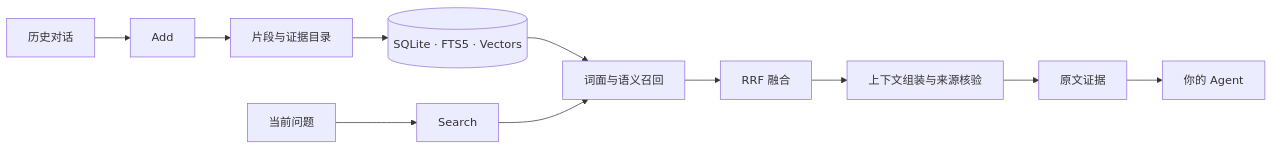
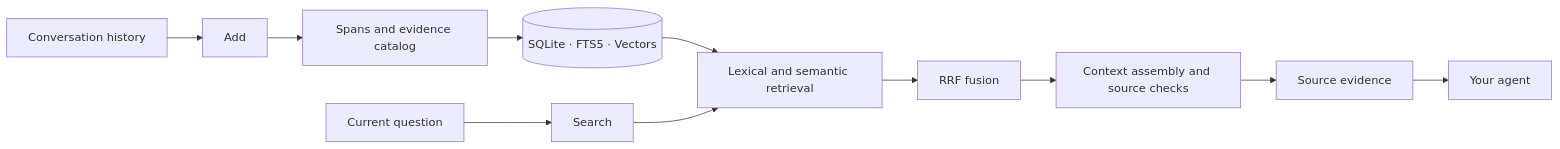
Before and after one commit to azhimiao/memprism: the diagram in README.md, drawn with Mermaid. The commit also changed other lines of this file and 1 other file, not shown here.

````diff
--- a/README.md
+++ b/README.md
@@ -40,13 +42,13 @@
 ```mermaid
 flowchart LR
-    A[历史对话] --> B[Add]
-    B --> C[片段与证据目录]
+    A[Conversation history] --> B[Add]
+    B --> C[Spans and evidence catalog]
     C --> D[(SQLite · FTS5 · Vectors)]
-    Q[当前问题] --> S[Search]
-    D --> H[词面与语义召回]
+    Q[Current question] --> S[Search]
+    D --> H[Lexical and semantic retrieval]
     S --> H
-    H --> F[RRF 融合]
-    F --> E[上下文组装与来源核验]
-    E --> O[原文证据]
-    O --> L[你的 Agent]
+    H --> F[RRF fusion]
+    F --> E[Context assembly and source checks]
+    E --> O[Source evidence]
+    O --> L[Your agent]
 ```
````
